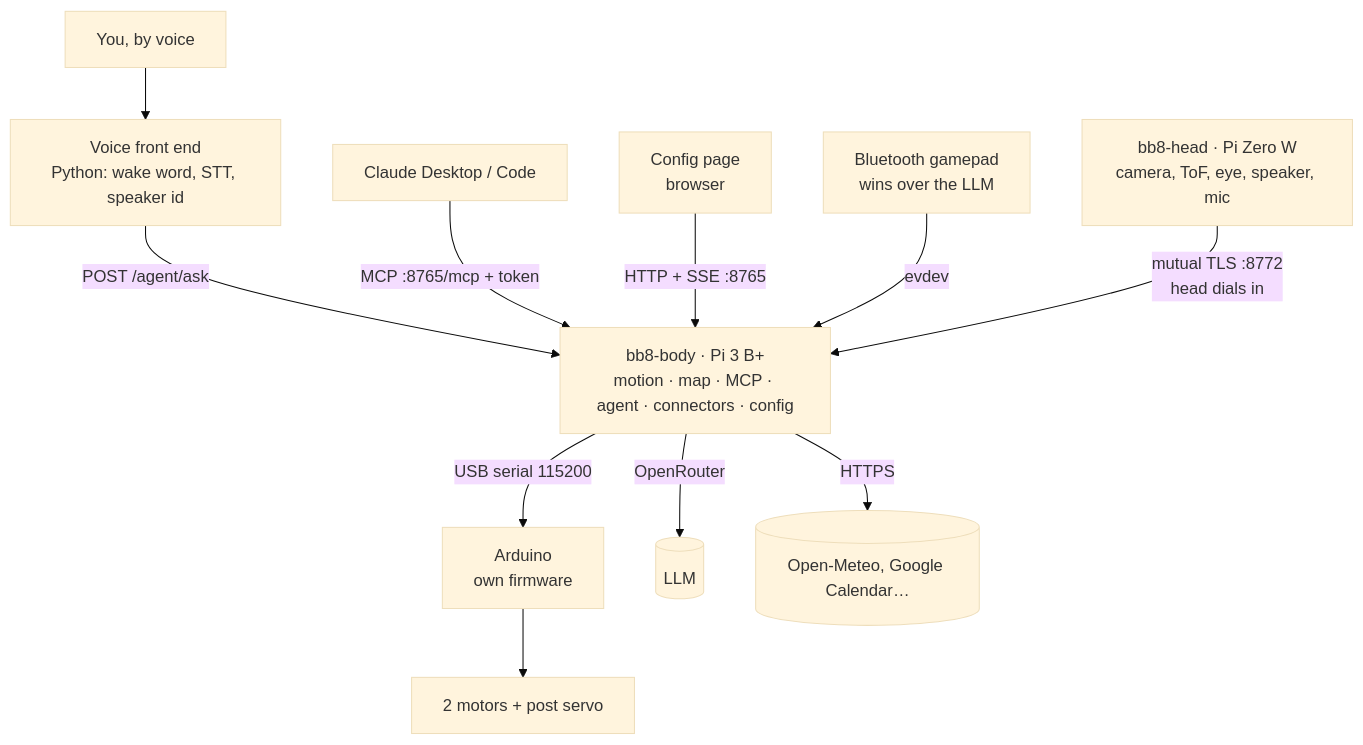
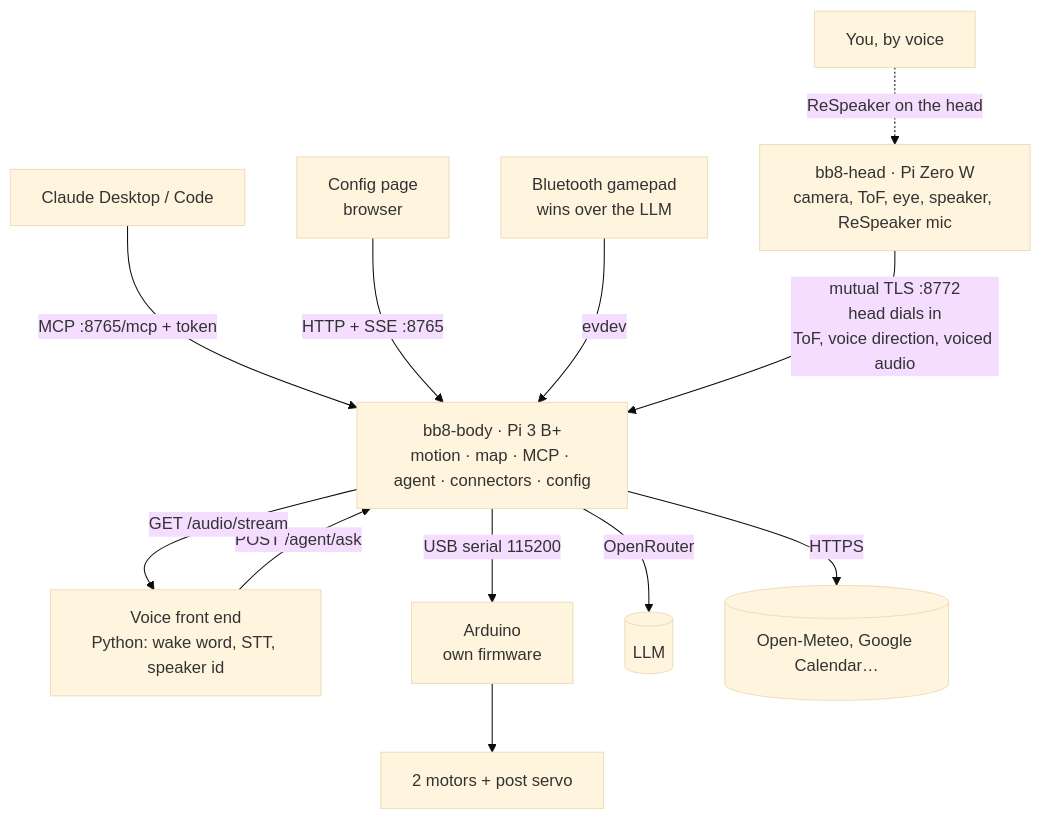
Before and after one commit to erickdsama/bb8: the diagram in wiki/Arquitectura.md, drawn with Mermaid (base theme). The commit also changed other lines of this file and 44 other files, not shown here.

First line of the commit message:
ReSpeaker on the head; eye WS2812 on GPIO12 PWM

````diff
--- a/wiki/Arquitectura.md
+++ b/wiki/Arquitectura.md
@@ -7,14 +7,15 @@
 ```mermaid
 flowchart TD
-  U[You, by voice] --> VZ[Voice front end<br/>Python: wake word, STT, speaker id]
-  VZ -->|POST /agent/ask| B
+  U[You, by voice] -.->|ReSpeaker on the head| H
+  VZ[Voice front end<br/>Python: wake word, STT, speaker id] -->|POST /agent/ask| B
+  B -->|GET /audio/stream| VZ
   CL[Claude Desktop / Code] -->|MCP :8765/mcp + token| B
   WEB[Config page<br/>browser] -->|HTTP + SSE :8765| B
   J[Bluetooth gamepad<br/>wins over the LLM] -->|evdev| B
   B[bb8-body · Pi 3 B+<br/>motion · map · MCP · agent · connectors · config]
   B -->|USB serial 115200| AR[Arduino<br/>own firmware]
   AR --> M[2 motors + post servo]
-  H[bb8-head · Pi Zero W<br/>camera, ToF, eye, speaker, mic] -->|mutual TLS :8772<br/>head dials in| B
+  H[bb8-head · Pi Zero W<br/>camera, ToF, eye, speaker, ReSpeaker mic] -->|mutual TLS :8772<br/>head dials in<br/>ToF, voice direction, voiced audio| B
   B -->|OpenRouter| LLM[(LLM)]
   B -->|HTTPS| EXT[(Open-Meteo, Google Calendar…)]
 ```
````
